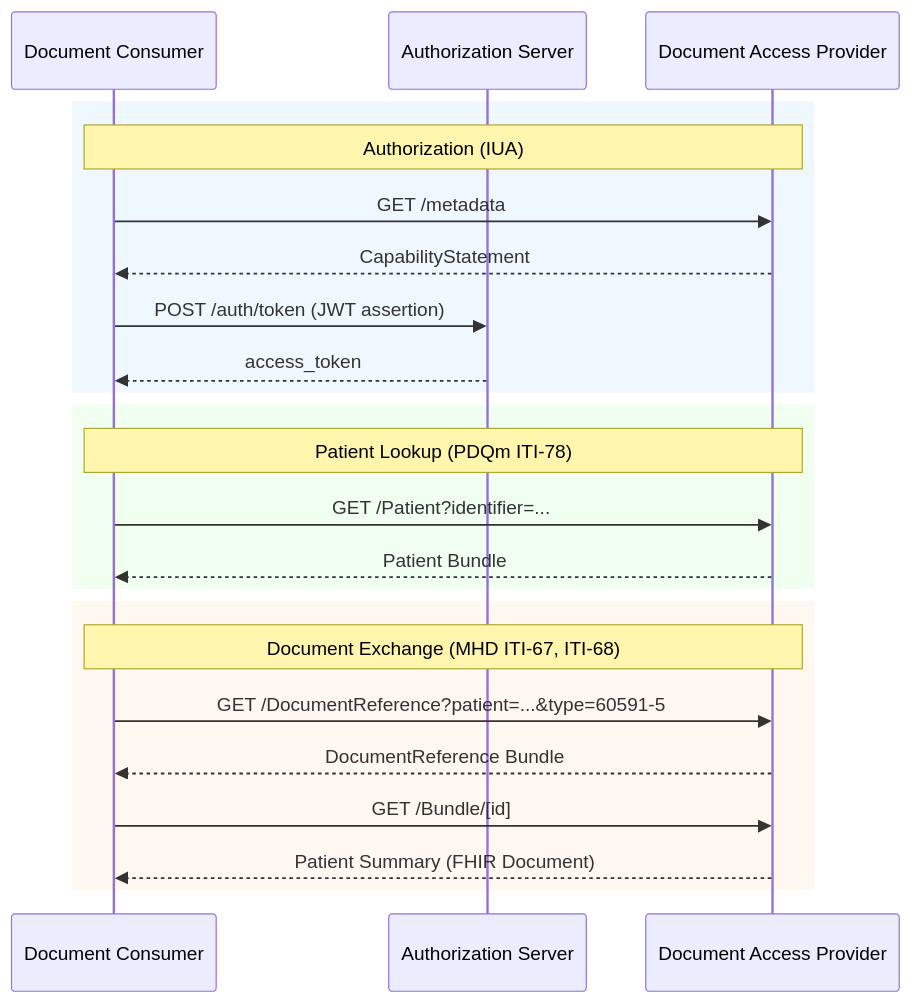
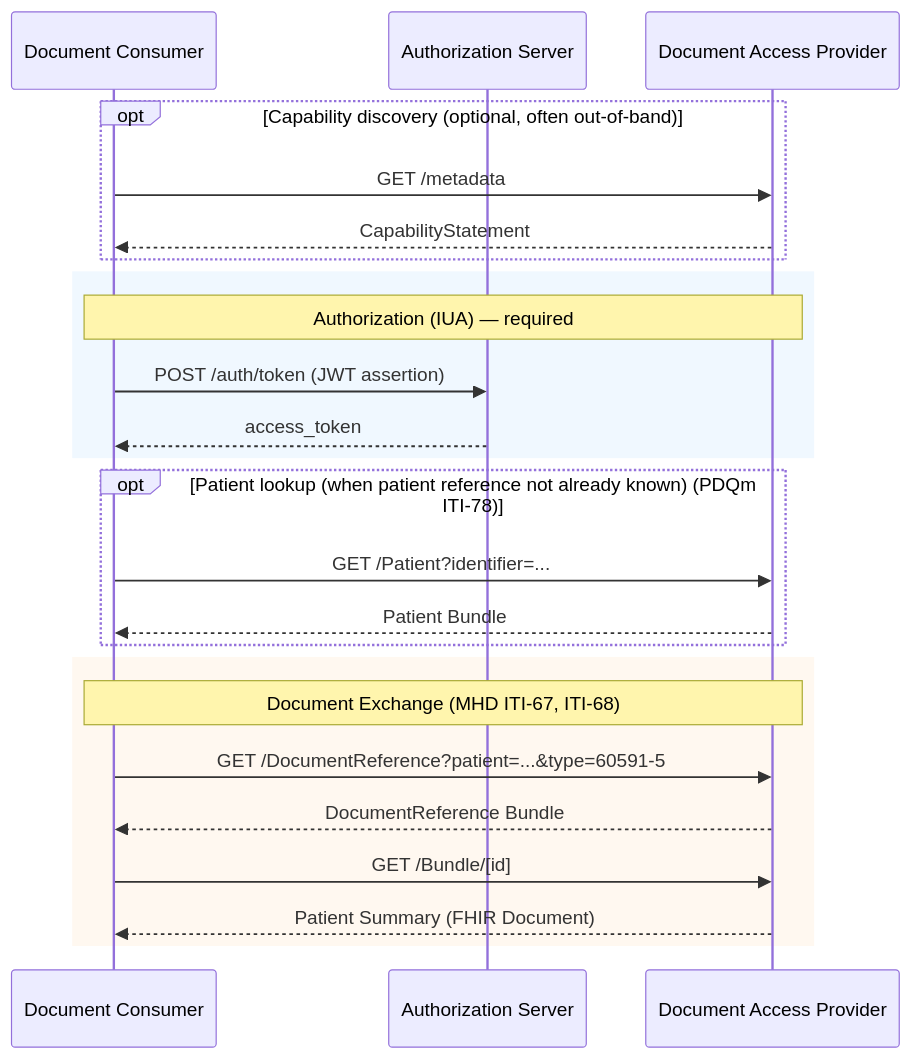
The diagram in input/pagecontent/example-patient-summary.md (euridice-org/eu-health-data-api), drawn with Mermaid before and after one commit.

Commit message:
FHIR-56676: distinguish mandatory vs optional steps in workflow diagram (capability discovery + patient lookup optional)

````diff
--- a/input/pagecontent/example-patient-summary.md
+++ b/input/pagecontent/example-patient-summary.md
@@ -20,28 +20,30 @@
 ```mermaid
 sequenceDiagram
     participant Consumer as Document Consumer
     participant AuthZ as Authorization Server
     participant Provider as Document Access Provider
 
-    rect rgb(240, 248, 255)
-    Note over Consumer,Provider: Authorization (IUA)
+    opt Capability discovery (optional, often out-of-band)
     Consumer->>Provider: GET /metadata
     Provider-->>Consumer: CapabilityStatement
+    end
+
+    rect rgb(240, 248, 255)
+    Note over Consumer,Provider: Authorization (IUA) — required
     Consumer->>AuthZ: POST /auth/token (JWT assertion)
     AuthZ-->>Consumer: access_token
     end
 
-    rect rgb(240, 255, 240)
-    Note over Consumer,Provider: Patient Lookup (PDQm ITI-78)
+    opt Patient lookup (when patient reference not already known) (PDQm ITI-78)
     Consumer->>Provider: GET /Patient?identifier=...
     Provider-->>Consumer: Patient Bundle
     end
 
     rect rgb(255, 248, 240)
     Note over Consumer,Provider: Document Exchange (MHD ITI-67, ITI-68)
     Consumer->>Provider: GET /DocumentReference?patient=...&type=60591-5
     Provider-->>Consumer: DocumentReference Bundle
     Consumer->>Provider: GET /Bundle/[id]
     Provider-->>Consumer: Patient Summary (FHIR Document)
     end
 ```
````
